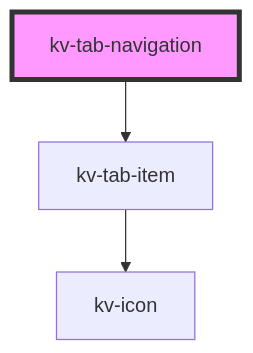
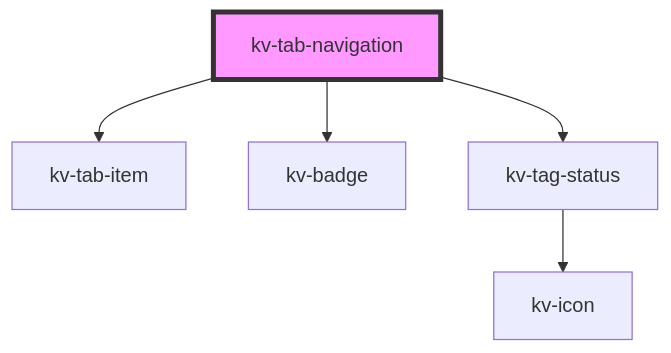
One commit to kelvininc/ui-components changed the diagram in packages/ui-components/src/components/tab-navigation/readme.md. Above: the diagram before and after it, drawn with Mermaid. The commit also changed other lines of this file and 48 other files, not shown here.

First line of the commit message:
feat!: migrate badge, tab-item and tab-navigation to design tokens

````diff
--- a/packages/ui-components/src/components/tab-navigation/readme.md
+++ b/packages/ui-components/src/components/tab-navigation/readme.md
@@ -66,6 +67,8 @@
 ```mermaid
 graph TD;
   kv-tab-navigation --> kv-tab-item
-  kv-tab-item --> kv-icon
+  kv-tab-navigation --> kv-badge
+  kv-tab-navigation --> kv-tag-status
+  kv-tag-status --> kv-icon
   style kv-tab-navigation fill:#f9f,stroke:#333,stroke-width:4px
 ```
````
